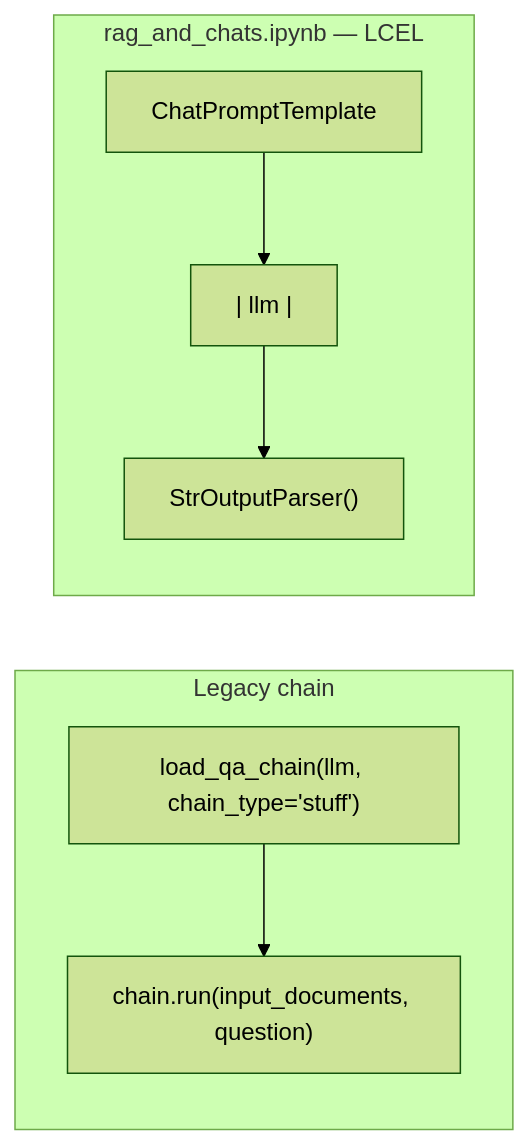
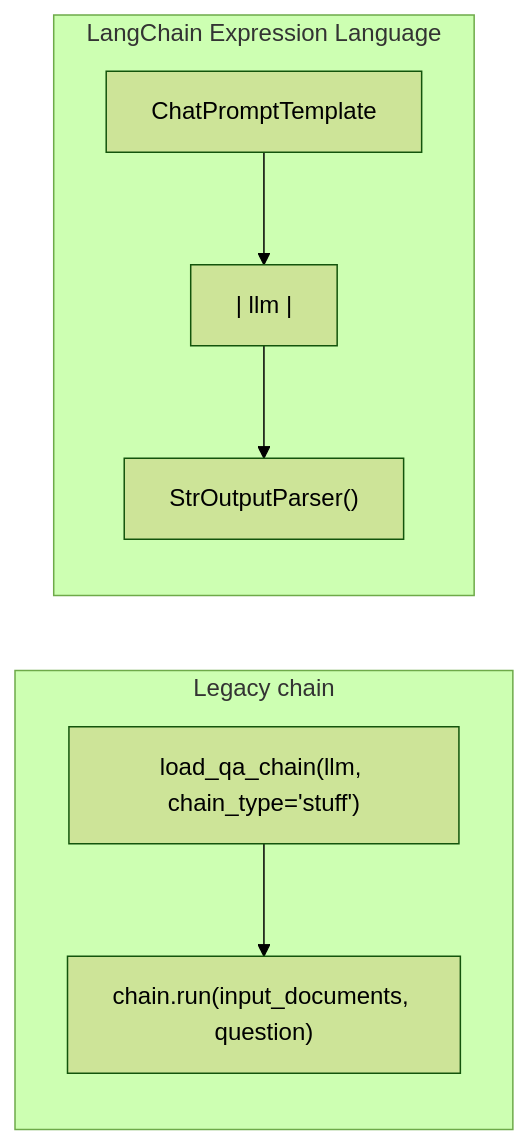
Before and after one commit to coderleonardo/ai-engineering-path: the second of 2 diagrams in gen-ai-and-llms/05-prompt-engineering/README.md, drawn with Mermaid (forest theme). The commit also changed other lines of this file and 2 other files, not shown here.

````diff
--- a/gen-ai-and-llms/05-prompt-engineering/README.md
+++ b/gen-ai-and-llms/05-prompt-engineering/README.md
@@ -49,9 +47,9 @@
 ```mermaid
 flowchart LR
     subgraph Legacy["Legacy chain"]
         L1["load_qa_chain(llm, chain_type='stuff')"] --> L2["chain.run(input_documents, question)"]
     end
-    subgraph LCEL["rag_and_chats.ipynb — LCEL"]
+    subgraph LCEL["LangChain Expression Language"]
         C1["ChatPromptTemplate"] --> C2["| llm |"] --> C3["StrOutputParser()"]
     end
 ```
````
